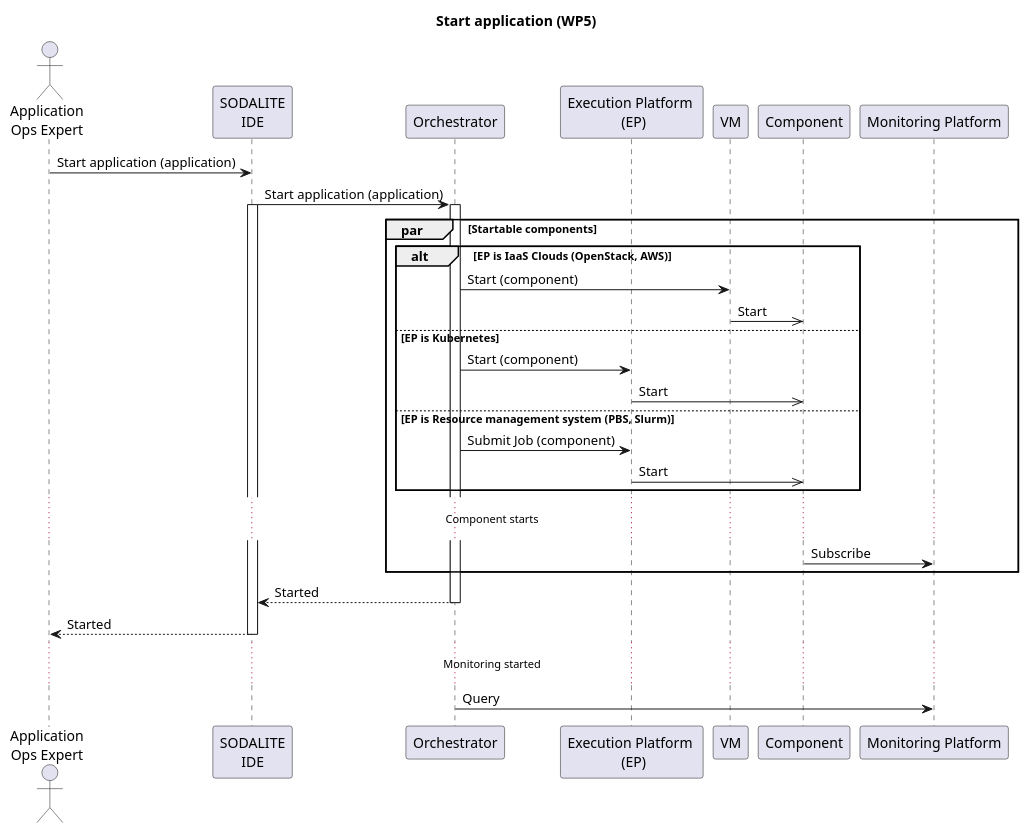
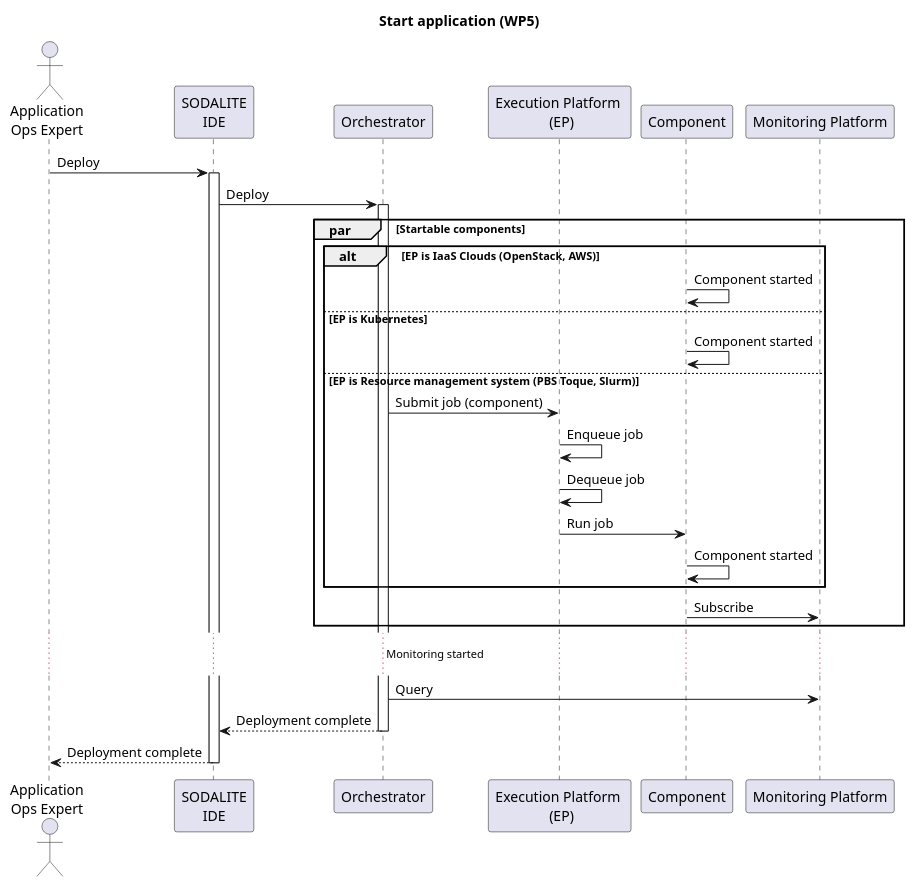
The diagram in uml/sequence-diagrams/UC-07-StartApplication-WP5.puml (SODALITE-EU/project-wide-documentation), drawn with PlantUML before and after one commit. The commit also changed 3 other files, not shown here.

Commit message:
update README && UC diagrams

```diff
--- a/uml/sequence-diagrams/UC-07-StartApplication-WP5.puml
+++ b/uml/sequence-diagrams/UC-07-StartApplication-WP5.puml
@@ -1,44 +1,40 @@
 @startuml
 
 title Start application (WP5)
 
 actor "Application\nOps Expert" as ops
 participant "SODALITE\nIDE" as ide
 participant  Orchestrator as orch
 participant "Execution Platform \n (EP)" as res
-participant "VM" as VM
 participant "Component" as lre
 participant "Monitoring Platform" as mon
 
-ops->ide: Start application (application)
+ops->ide: Deploy
+activate ide
+ide->orch: Deploy
+activate orch
 
-ide->orch: Start application (application)
-activate ide
-
-activate orch
 par Startable components
   alt EP is IaaS Clouds (OpenStack, AWS)
-    orch->VM: Start (component)
-    VM->>lre: Start
+    lre->lre: Component started
   else EP is Kubernetes
-    orch->res: Start (component)
-    res->>lre: Start
-  else  EP is Resource management system (PBS, Slurm)
-    orch->res: Submit Job (component)
-    res->>lre: Start
+    lre->lre: Component started
+  else  EP is Resource management system (PBS Toque, Slurm)
+    orch->res: Submit job (component)
+    res->res: Enqueue job
+    res->res: Dequeue job 
+    res->lre: Run job
+    lre->lre: Component started
   end
-
-  ...Component starts...
   lre->mon: Subscribe
 end
-
-orch-->ide: Started
-deactivate orch
-
-ide-->ops: Started
-deactivate ide
 
 ...Monitoring started...
 orch->mon: Query
 
+orch-->ide: Deployment complete
+deactivate orch
+ide-->ops: Deployment complete
+deactivate ide
+
 @enduml
```
